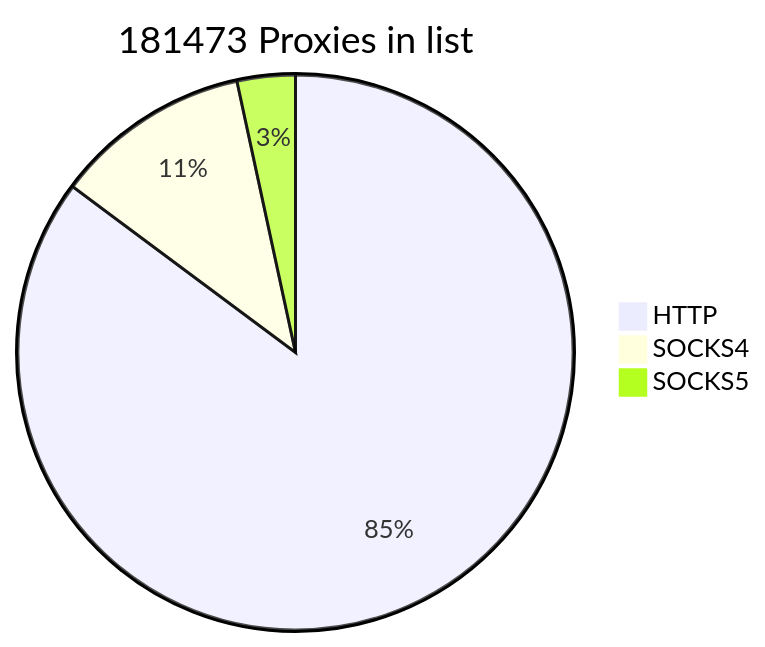
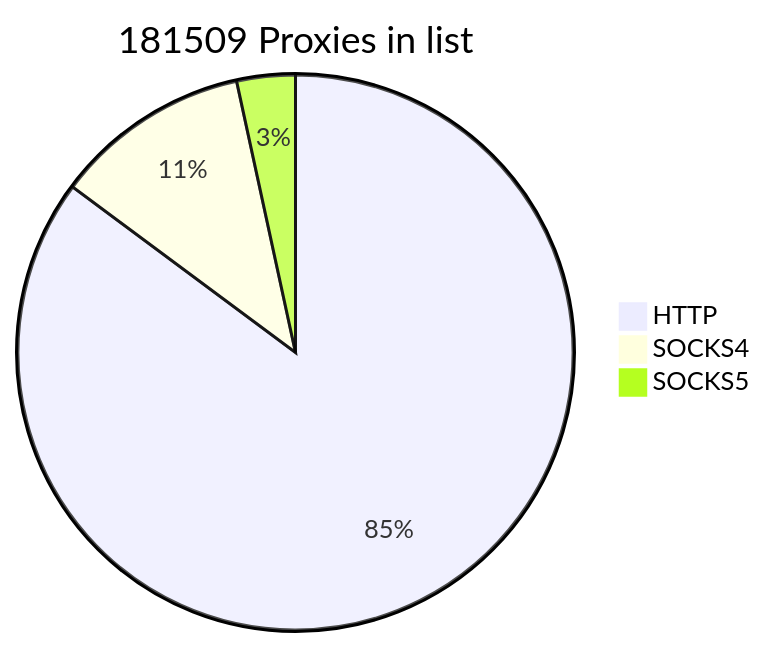
The first of 2 diagrams in README.md (cutipu/proxylist), drawn with Mermaid before and after one commit. The commit also changed other lines of this file, not shown here.

````diff
--- a/README.md
+++ b/README.md
@@ -2,7 +2,7 @@
 ```mermaid
-pie title 181473 Proxies in list
-    "HTTP" : 154586
+pie title 181509 Proxies in list
+    "HTTP" : 154588
     "SOCKS4" : 20746
-    "SOCKS5" : 6141
+    "SOCKS5" : 6175
             
 ```
````
